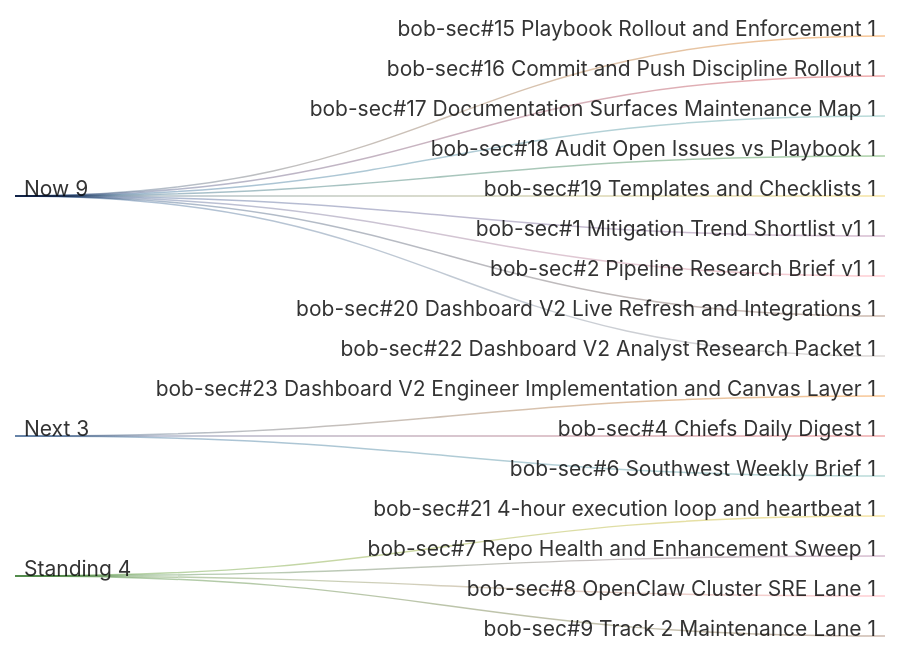
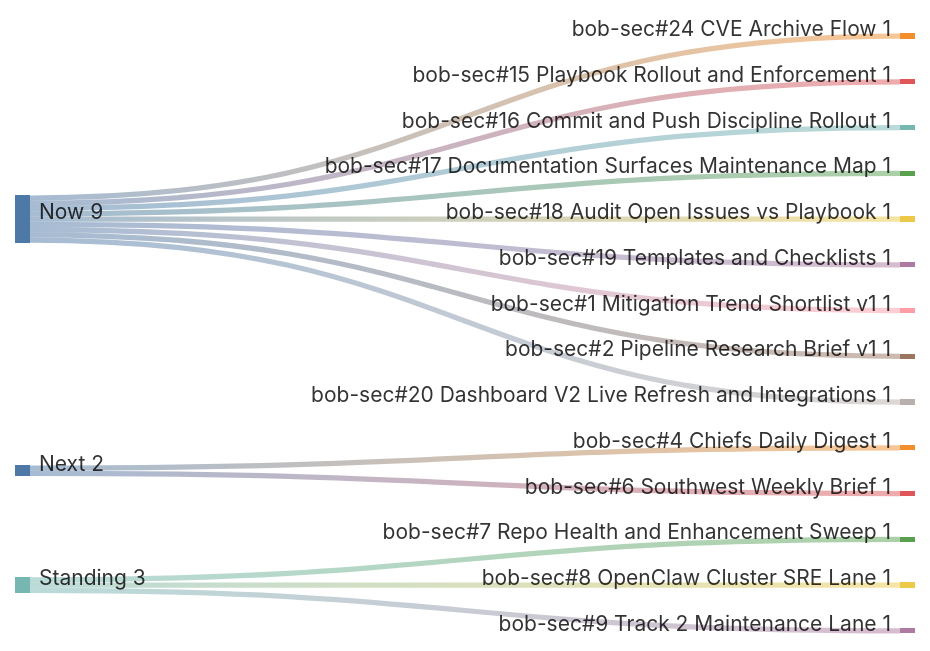
One commit to stevologic/bob-sec changed the diagram in research/operations/current-work-gantt.md. Above: the diagram before and after it, drawn with Mermaid. The commit also changed other lines of this file, not shown here.

Commit message:
docs: prioritize cve archive flow

````diff
--- a/research/operations/current-work-gantt.md
+++ b/research/operations/current-work-gantt.md
@@ -5,19 +5,17 @@
 ```mermaid
 sankey-beta
+Now,bob-sec#24 CVE Archive Flow,1
 Now,bob-sec#15 Playbook Rollout and Enforcement,1
 Now,bob-sec#16 Commit and Push Discipline Rollout,1
 Now,bob-sec#17 Documentation Surfaces Maintenance Map,1
 Now,bob-sec#18 Audit Open Issues vs Playbook,1
 Now,bob-sec#19 Templates and Checklists,1
 Now,bob-sec#1 Mitigation Trend Shortlist v1,1
 Now,bob-sec#2 Pipeline Research Brief v1,1
 Now,bob-sec#20 Dashboard V2 Live Refresh and Integrations,1
-Now,bob-sec#22 Dashboard V2 Analyst Research Packet,1
-Next,bob-sec#23 Dashboard V2 Engineer Implementation and Canvas Layer,1
 Next,bob-sec#4 Chiefs Daily Digest,1
 Next,bob-sec#6 Southwest Weekly Brief,1
-Standing,bob-sec#21 4-hour execution loop and heartbeat,1
 Standing,bob-sec#7 Repo Health and Enhancement Sweep,1
 Standing,bob-sec#8 OpenClaw Cluster SRE Lane,1
 Standing,bob-sec#9 Track 2 Maintenance Lane,1
 ```
````
